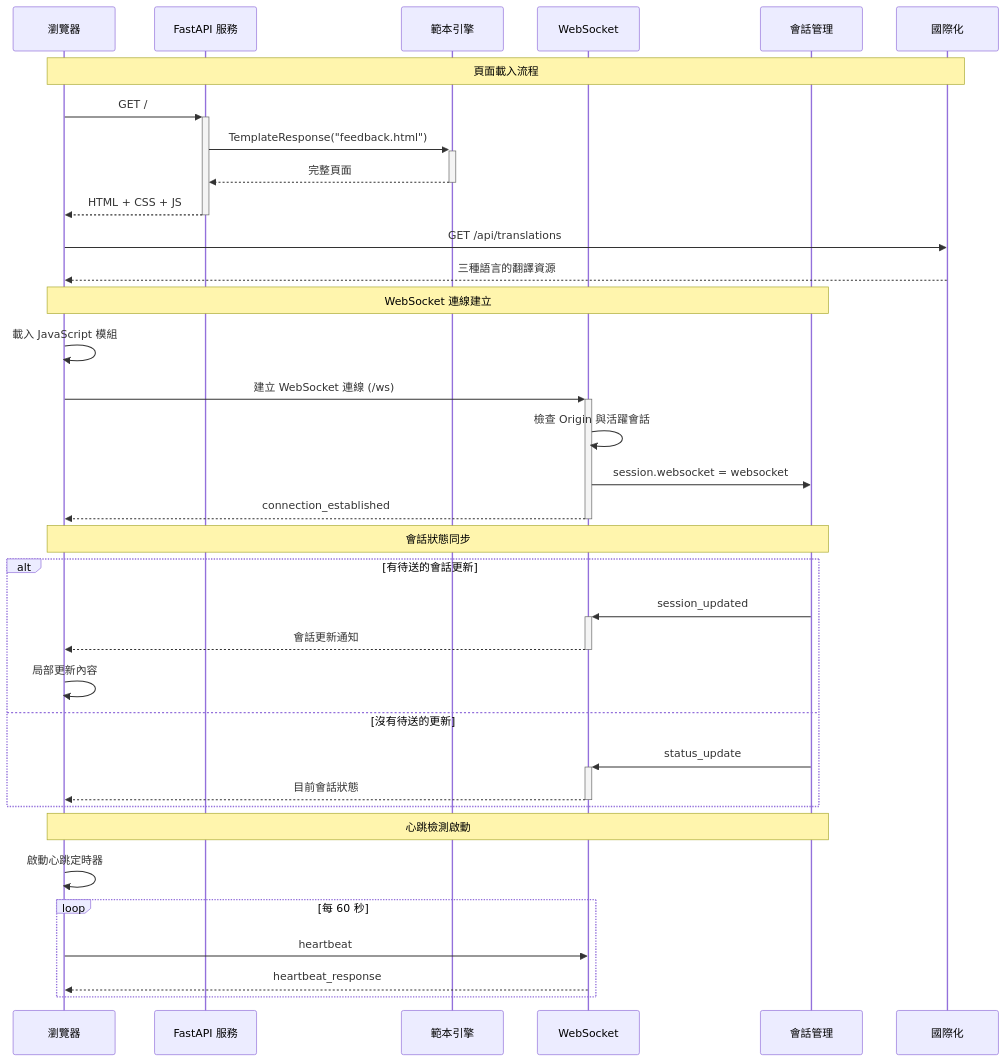
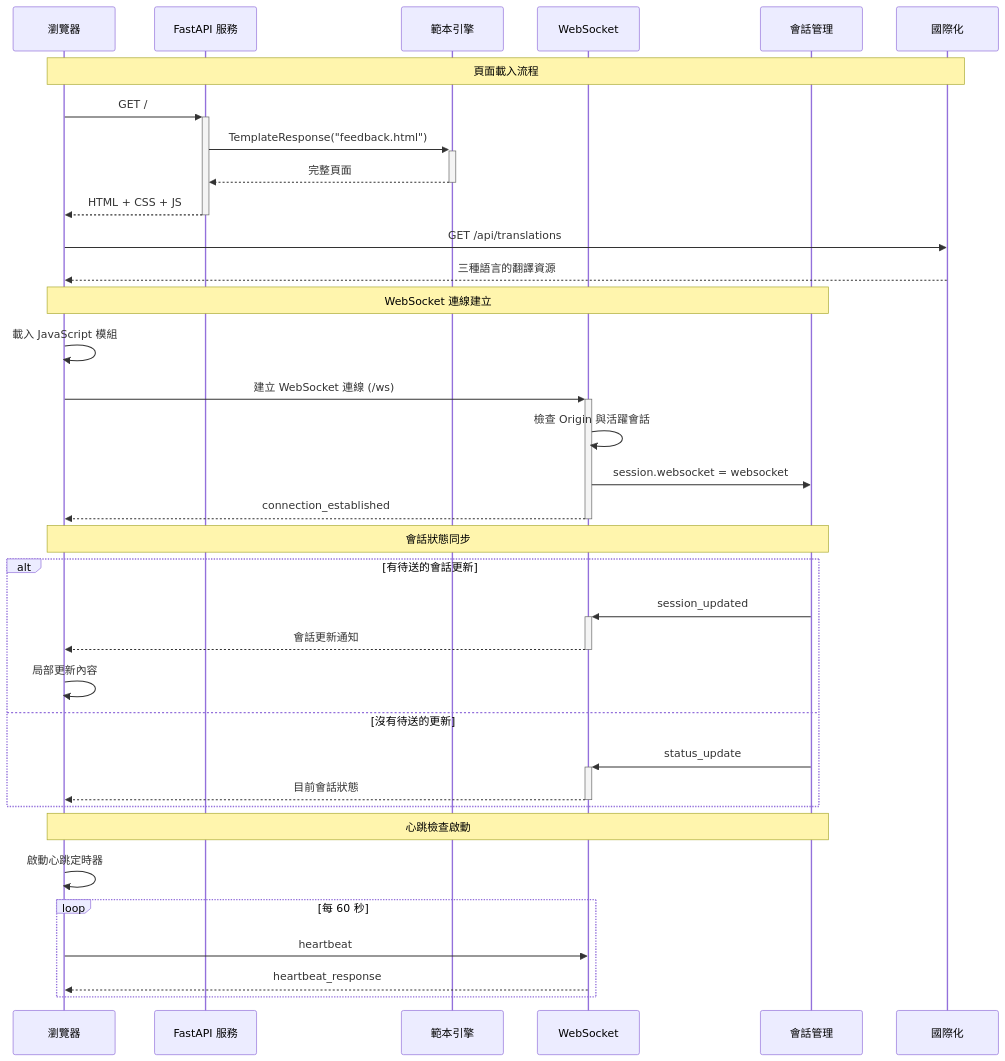
The third of 12 diagrams in docs/architecture/interaction-flows.md (CloudEngineHub/mcp-feedback-enhanced), drawn with Mermaid before and after one commit. The commit also changed other lines of this file, not shown here.

````diff
--- a/docs/architecture/interaction-flows.md
+++ b/docs/architecture/interaction-flows.md
@@ -170,41 +170,41 @@
 ```mermaid
 sequenceDiagram
     participant Browser as 瀏覽器
     participant FastAPI as FastAPI 服務
     participant Template as 範本引擎
     participant WS as WebSocket
     participant Session as 會話管理
     participant I18N as 國際化
 
     Note over Browser,I18N: 頁面載入流程
     Browser->>+FastAPI: GET /
     FastAPI->>+Template: TemplateResponse("feedback.html")
     Template-->>-FastAPI: 完整頁面
     FastAPI-->>-Browser: HTML + CSS + JS
     Browser->>I18N: GET /api/translations
     I18N-->>Browser: 三種語言的翻譯資源
 
     Note over Browser,Session: WebSocket 連線建立
     Browser->>Browser: 載入 JavaScript 模組
     Browser->>+WS: 建立 WebSocket 連線 (/ws)
     WS->>WS: 檢查 Origin 與活躍會話
     WS->>Session: session.websocket = websocket
     WS-->>-Browser: connection_established
 
     Note over Browser,Session: 會話狀態同步
     alt 有待送的會話更新
         Session->>+WS: session_updated
         WS-->>-Browser: 會話更新通知
         Browser->>Browser: 局部更新內容
     else 沒有待送的更新
         Session->>+WS: status_update
         WS-->>-Browser: 目前會話狀態
     end
 
-    Note over Browser,Session: 心跳檢測啟動
+    Note over Browser,Session: 心跳檢查啟動
     Browser->>Browser: 啟動心跳定時器
     loop 每 60 秒
         Browser->>WS: heartbeat
         WS-->>Browser: heartbeat_response
     end
 ```
````
